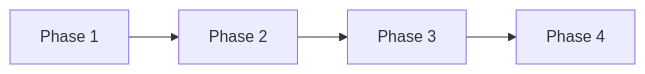
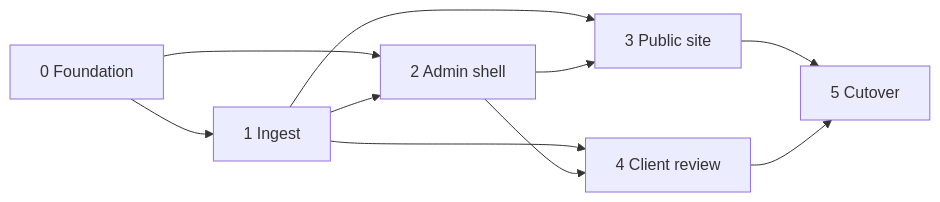
One commit to cjlawson02/photography changed the diagram in docs/IMPLEMENTATION.md. Above: the diagram before and after it, drawn with Mermaid. The commit also changed other lines of this file, not shown here.

First line of the commit message:
Draft IMPLEMENTATION.md phase plan (#1)

````diff
--- a/docs/IMPLEMENTATION.md
+++ b/docs/IMPLEMENTATION.md
@@ -11,5 +30,12 @@
 ```mermaid
 flowchart LR
-  %% TBD: replace with real phases
-  P1["Phase 1"] --> P2["Phase 2"] --> P3["Phase 3"] --> P4["Phase 4"]
+  P0["0 Foundation"] --> P1["1 Ingest"]
+  P0 --> P2["2 Admin shell"]
+  P1 --> P2
+  P1 --> P3["3 Public site"]
+  P2 --> P3
+  P1 --> P4["4 Client review"]
+  P2 --> P4
+  P3 --> P5["5 Cutover"]
+  P4 --> P5
 ```
````
